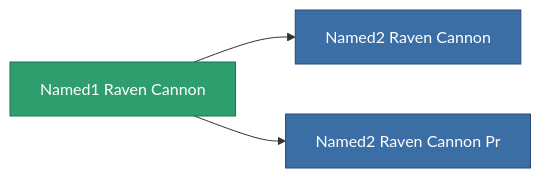
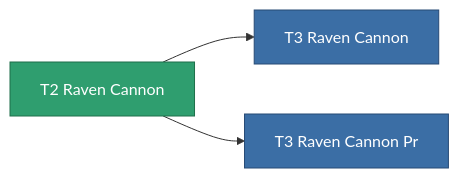
The diagram in content/content/items/named1_raven_cannon.md (OpenPerpetuum/Wiki), drawn with Mermaid before and after one commit. The commit also changed other lines of this file and 4904 other files, not shown here.

````diff
--- a/content/content/items/named1_raven_cannon.md
+++ b/content/content/items/named1_raven_cannon.md
@@ -73,13 +53,13 @@
 ```mermaid
 graph LR
-    a["Named1 Raven Cannon"]:::current
-    b["Named2 Raven Cannon"]:::prod
+    a["T2 Raven Cannon"]:::current
+    b["T3 Raven Cannon"]:::prod
     a --> b
-    click b "/content/items/named2-raven-cannon/" "Named2 Raven Cannon"
-    c["Named2 Raven Cannon Pr"]:::prod
+    click b "/content/items/named2-raven-cannon/" "T3 Raven Cannon"
+    c["T3 Raven Cannon Pr"]:::prod
     a --> c
-    click c "/content/items/named2-raven-cannon-pr/" "Named2 Raven Cannon Pr"
+    click c "/content/items/named2-raven-cannon-pr/" "T3 Raven Cannon Pr"
     classDef current fill:#2f9e6f,stroke:#1f6f4a,color:#ffffff
     classDef prod fill:#3b6ea5,stroke:#274a75,color:#ffffff
     classDef more fill:#39445a,stroke:#54658a,color:#d5dbe8
 ```
````
